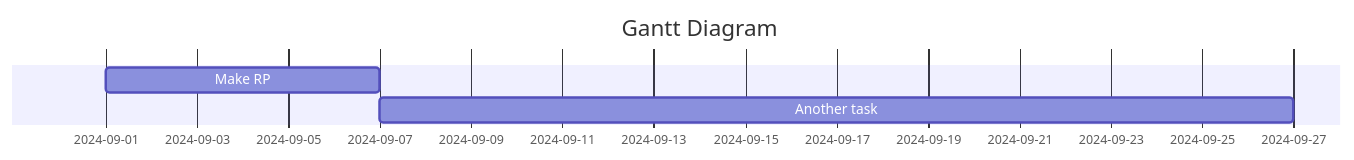
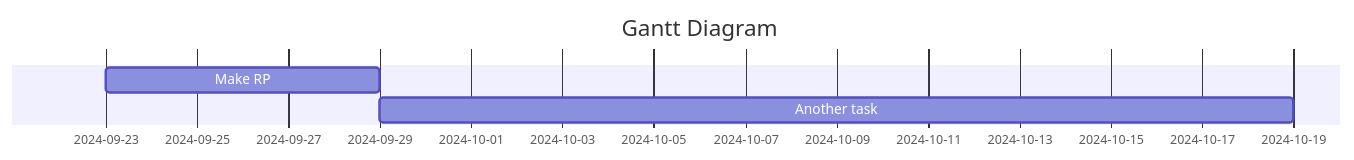
Before and after one commit to safwasd/iodraw-files: the diagram in all/代码甘特图.md, drawn with Mermaid.

Commit message:
2024-09-28 14:57:44 update

````diff
--- a/all/代码甘特图.md
+++ b/all/代码甘特图.md
@@ -1,10 +1,10 @@
 ```mermaid
 gantt
     title Gantt Diagram
     dateFormat  YYYY-MM-DD
     section  
-    Make RP          :a1, 2024-9-1, 6d
+    Make RP          :a1, 2024-9-23, 6d
     Another task     :after a1  , 20d
     
             
 ```
````
